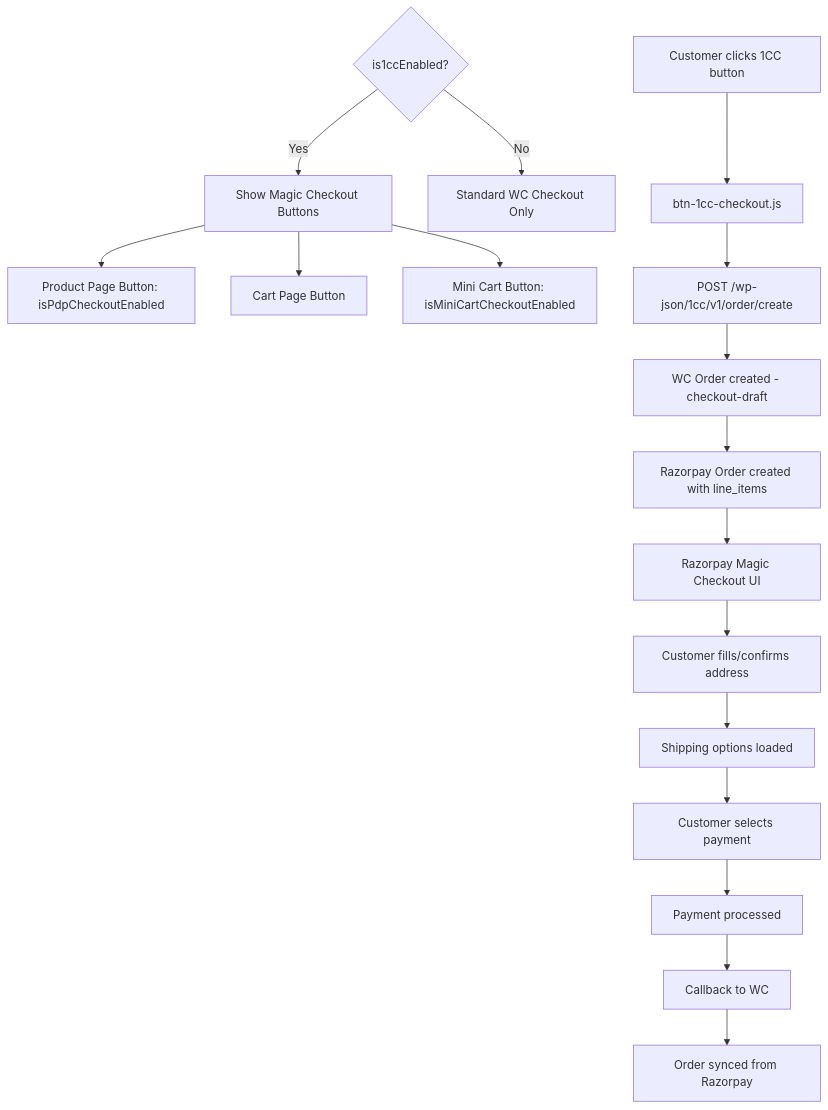
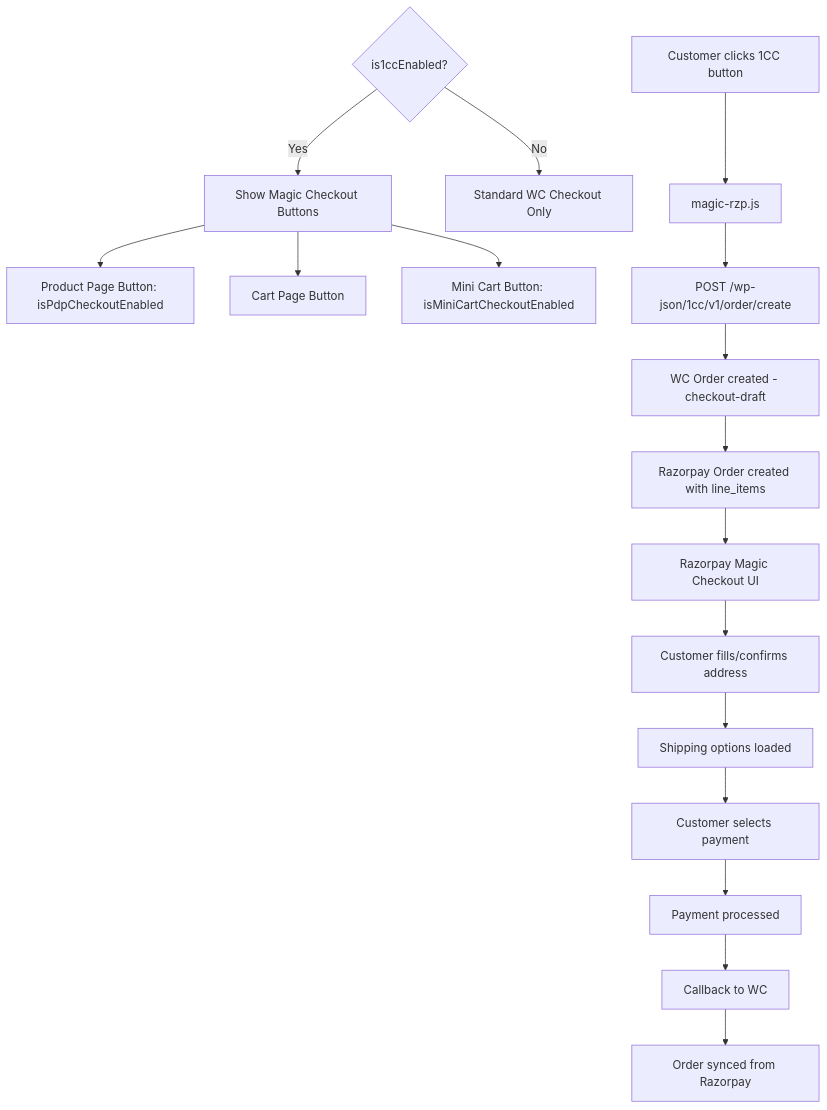
One commit to razorpay/razorpay-woocommerce changed the fifth of 10 diagrams in docs/flows/route-checkout-flow.md. Above: the diagram before and after it, drawn with Mermaid. The commit also changed other lines of this file and 12 other files, not shown here.

````diff
--- a/docs/flows/route-checkout-flow.md
+++ b/docs/flows/route-checkout-flow.md
@@ -130,21 +130,21 @@
 ```mermaid
 graph TD
     A{is1ccEnabled?} -->|Yes| B[Show Magic Checkout Buttons]
     A -->|No| C[Standard WC Checkout Only]
 
     B --> D[Product Page Button: isPdpCheckoutEnabled]
     B --> E[Cart Page Button]
     B --> F[Mini Cart Button: isMiniCartCheckoutEnabled]
 
-    G[Customer clicks 1CC button] --> H[btn-1cc-checkout.js]
+    G[Customer clicks 1CC button] --> H[magic-rzp.js]
     H --> I[POST /wp-json/1cc/v1/order/create]
     I --> J[WC Order created - checkout-draft]
     J --> K[Razorpay Order created with line_items]
     K --> L[Razorpay Magic Checkout UI]
     L --> M[Customer fills/confirms address]
     M --> N[Shipping options loaded]
     N --> O[Customer selects payment]
     O --> P[Payment processed]
     P --> Q[Callback to WC]
     Q --> R[Order synced from Razorpay]
 ```
````
